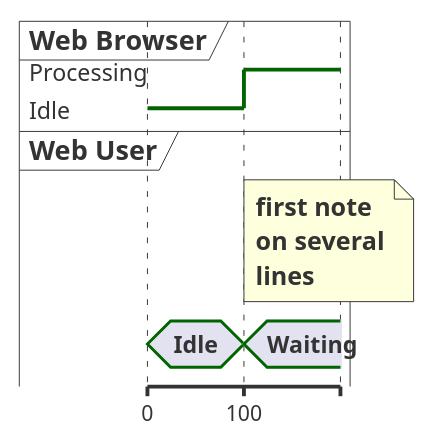
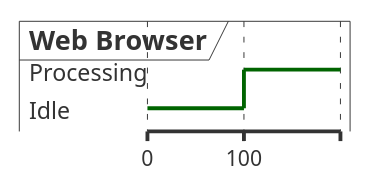
Diagram 11 of 13 in plugins/plantuml/skills/timing-diagram/SKILL.md (studykit/studykit-marketplace), drawn with PlantUML before and after one commit. The commit also changed other lines of this file and 9 other files, not shown here.

First line of the commit message:
refactor: trim PlantUML skill SKILL.md files and extract advanced references

````diff
--- a/plugins/plantuml/skills/timing-diagram/SKILL.md
+++ b/plugins/plantuml/skills/timing-diagram/SKILL.md
@@ -611,16 +249,12 @@
 ```plantuml
 @startuml
 robust "Web Browser" as WB
-concise "Web User" as WU
 
 @0
-WU is Idle
 WB is Idle
 
 @100
-WU is Waiting
-note top of WU : first note\non several\nlines
+note top of WB : first note\non several\nlines
 WB is Processing
-note bottom of WB : second note\non several\nlines
 @enduml
 ```
````
